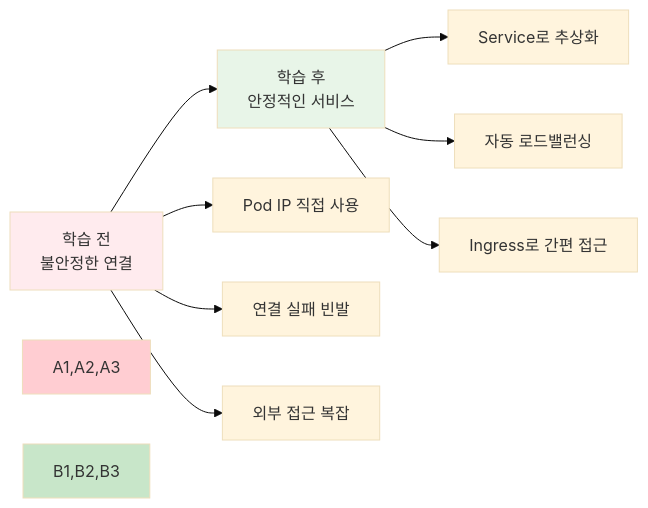
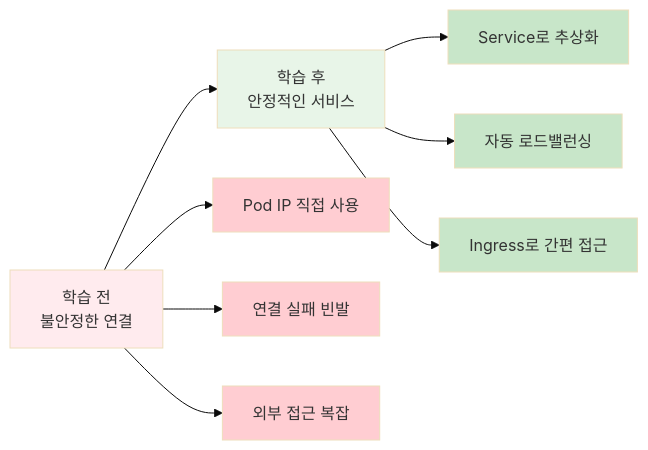
One commit to niceguy61/kdt_devops_lecture_2025 changed the first of 4 diagrams in theory/week_03/day3/session_2.md. Above: the diagram before and after it, drawn with Mermaid (base theme). The commit also changed other lines of this file and 2 other files, not shown here.

Commit message:
mermaid update

````diff
--- a/theory/week_03/day3/session_2.md
+++ b/theory/week_03/day3/session_2.md
@@ -33,17 +33,21 @@
 ```mermaid
 graph LR
     A[학습 전<br/>불안정한 연결] --> B[학습 후<br/>안정적인 서비스]
     
     A --> A1[Pod IP 직접 사용]
     A --> A2[연결 실패 빈발]
     A --> A3[외부 접근 복잡]
     
     B --> B1[Service로 추상화]
     B --> B2[자동 로드밸런싱]
     B --> B3[Ingress로 간편 접근]
     
     style A fill:#ffebee
     style B fill:#e8f5e8
-    style A1,A2,A3 fill:#ffcdd2
-    style B1,B2,B3 fill:#c8e6c9
+    style A1 fill:#ffcdd2
+    style A2 fill:#ffcdd2
+    style A3 fill:#ffcdd2
+    style B1 fill:#c8e6c9
+    style B2 fill:#c8e6c9
+    style B3 fill:#c8e6c9
 ```
````
